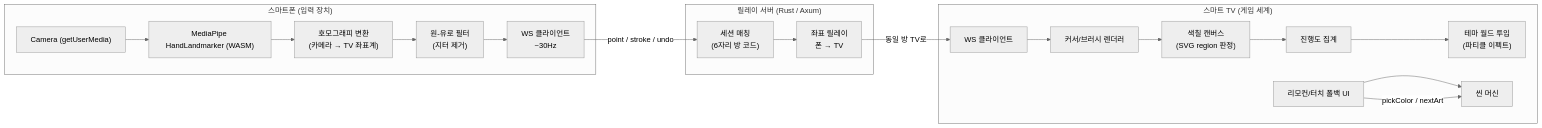
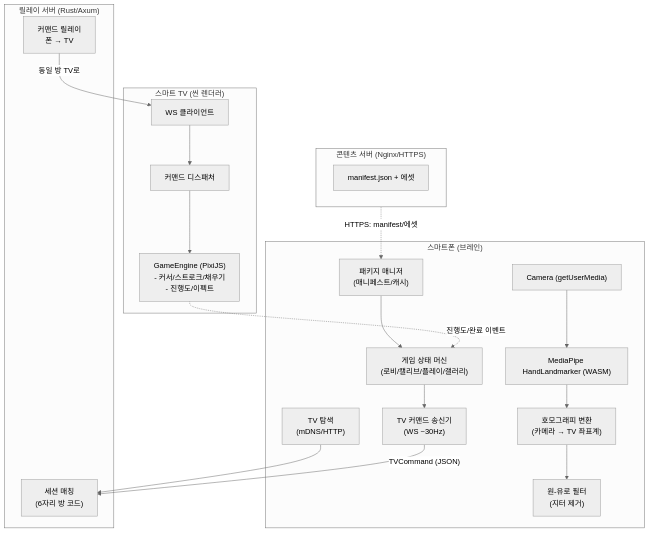
One commit to devcy0922/aircanvas-kids changed the first of 2 diagrams in docs/architecture.md. Above: the diagram before and after it, drawn with Mermaid (neutral theme). The commit also changed other lines of this file and 31 other files, not shown here.

````diff
--- a/docs/architecture.md
+++ b/docs/architecture.md
@@ -15,25 +118,38 @@
 ```mermaid
-flowchart LR
-    subgraph Phone["스마트폰 (입력 장치)"]
-        CAM["Camera (getUserMedia)"] --> MP["MediaPipe HandLandmarker (WASM)"]
-        MP --> CAL["호모그래피 변환\n(카메라 → TV 좌표계)"]
-        CAL --> SMOOTH["원-유로 필터\n(지터 제거)"]
-        SMOOTH --> WS1["WS 클라이언트\n~30Hz"]
+flowchart TB
+    subgraph ContentServer["콘텐츠 서버 (Nginx/HTTPS)"]
+        MANIFEST["manifest.json + 에셋"]
     end
 
-    subgraph Server["릴레이 서버 (Rust / Axum)"]
-        MATCH["세션 매칭\n(6자리 방 코드)"] --> RELAY["좌표 릴레이\n폰 → TV"]
+    subgraph Phone["스마트폰 (브레인)"]
+        CAM["Camera (getUserMedia)"]
+        MP["MediaPipe HandLandmarker (WASM)"]
+        CAL["호모그래피 변환\n(카메라 → TV 좌표계)"]
+        SMOOTH["원-유로 필터\n(지터 제거)"]
+        PKG["패키지 매니저\n(매니페스트/캐시)"]
+        DISCOVERY["TV 탐색\n(mDNS/HTTP)"]
+        STATE["게임 상태 머신\n(로비/캘리브/플레이/갤러리)"]
+        CMD["TV 커맨드 송신기\n(WS ~30Hz)"]
     end
 
-    subgraph TV["스마트 TV (게임 세계)"]
-        WS2["WS 클라이언트"] --> CURSOR["커서/브러시 렌더러"]
-        CURSOR --> PAINT["색칠 캔버스\n(SVG region 판정)"]
-        PAINT --> PROGRESS["진행도 집계"]
-        PROGRESS --> WORLD["테마 월드 투입\n(파티클 이펙트)"]
-        UI["리모컨/터치 폴백 UI"] --> GAME["씬 머신"]
+    subgraph Server["릴레이 서버 (Rust/Axum)"]
+        MATCH["세션 매칭\n(6자리 방 코드)"]
+        RELAY["커맨드 릴레이\n폰 → TV"]
     end
 
-    WS1 -- "point / stroke / undo" --> MATCH
-    RELAY -- "동일 방 TV로" --> WS2
-    UI -- "pickColor / nextArt" --> GAME
+    subgraph TV["스마트 TV (씬 렌더러)"]
+        WS["WS 클라이언트"]
+        DISPATCH["커맨드 디스패처"]
+        ENGINE["GameEngine (PixiJS)\n- 커서/스트로크/채우기\n- 진행도/이펙트"]
+    end
+
+    ContentServer -. "HTTPS: manifest/에셋" .-> PKG
+    CAM --> MP --> CAL --> SMOOTH
+    DISCOVERY --> MATCH
+    PKG --> STATE
+    STATE --> CMD
+    CMD -- "TVCommand (JSON)" --> MATCH
+    RELAY -- "동일 방 TV로" --> WS
+    WS --> DISPATCH --> ENGINE
+    ENGINE -. "진행도/완료 이벤트" .-> STATE
 ```
````
